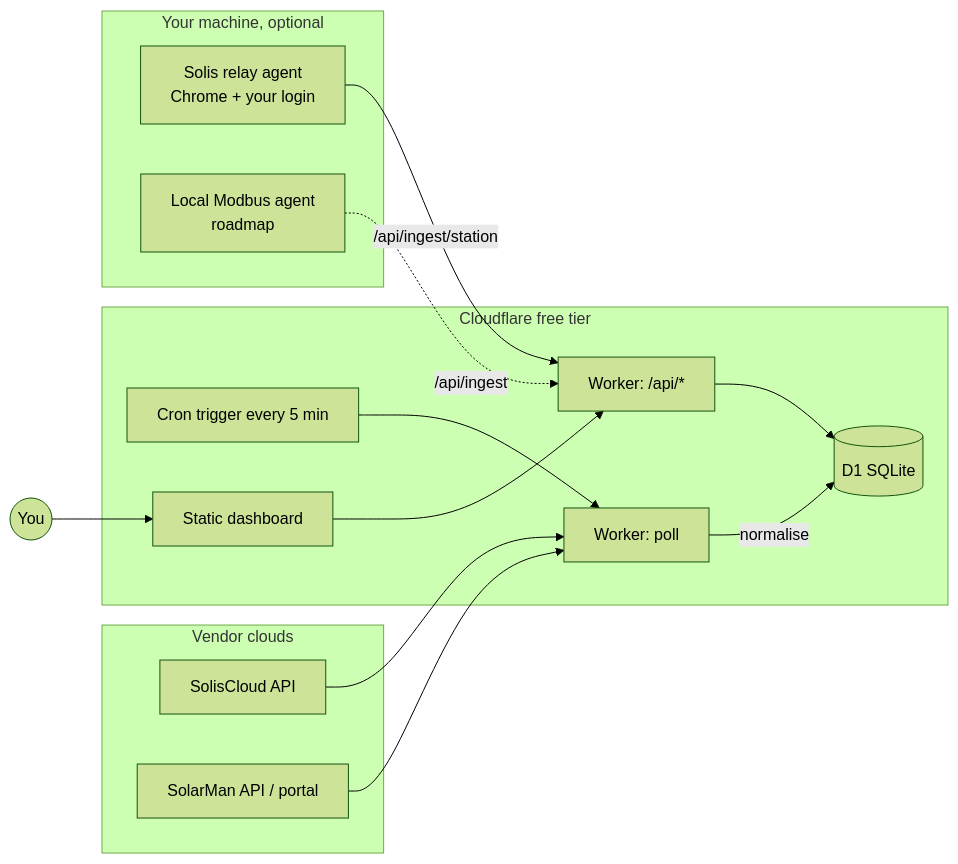
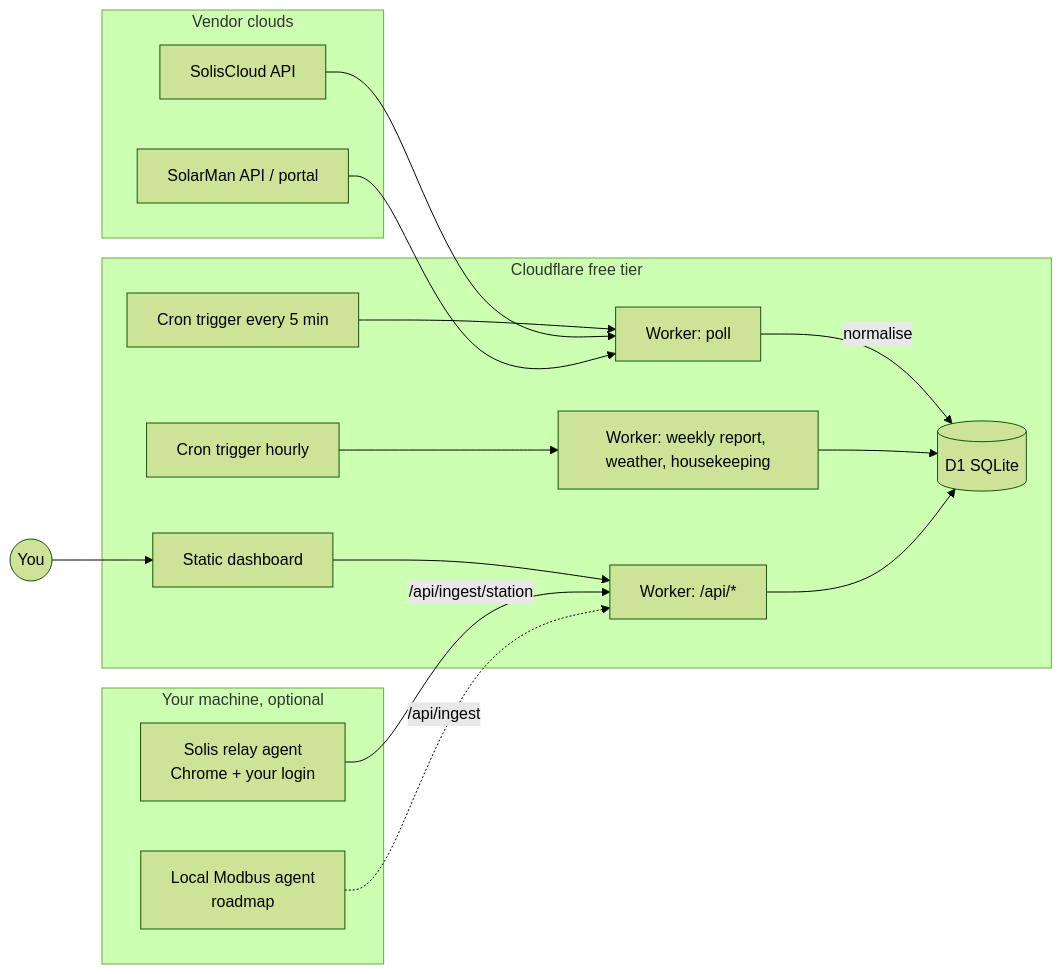
One commit to muhammadmobi/SolarLens changed the diagram in README.md. Above: the diagram before and after it, drawn with Mermaid (forest theme). The commit also changed other lines of this file and 67 other files, not shown here.

````diff
--- a/README.md
+++ b/README.md
@@ -75,20 +75,22 @@
 ```mermaid
 flowchart LR
   subgraph vendors [Vendor clouds]
     SC[SolisCloud API]
     SM[SolarMan API / portal]
   end
   subgraph cf [Cloudflare free tier]
     CRON[Cron trigger every 5 min] --> POLL[Worker: poll]
     POLL -->|normalise| DB[(D1 SQLite)]
+    HOURLY[Cron trigger hourly] --> JOBS[Worker: weekly report, weather, housekeeping]
+    JOBS --> DB
     API[Worker: /api/*] --> DB
     UI[Static dashboard] --> API
   end
   subgraph home [Your machine, optional]
     RELAY[Solis relay agent<br/>Chrome + your login] -->|/api/ingest/station| API
     MODBUS[Local Modbus agent<br/>roadmap] -.->|/api/ingest| API
   end
   SC --> POLL
   SM --> POLL
   Browser((You)) --> UI
 ```
````
